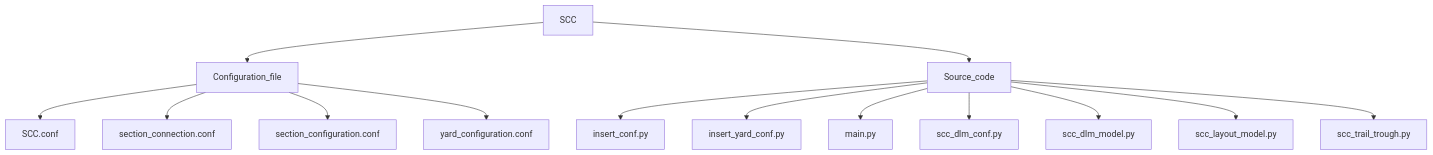
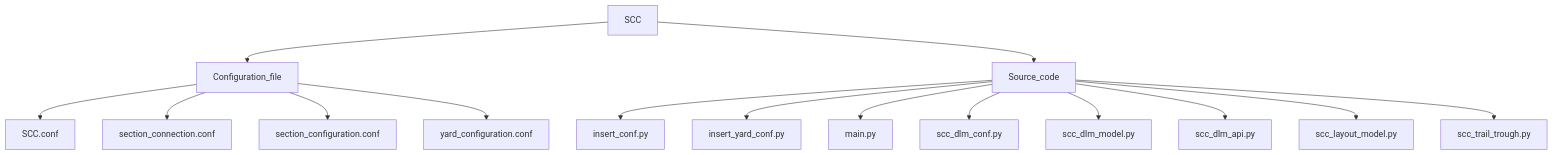
Before and after one commit to paragnema1/Siding_Control_Centre_Module: the diagram in README.md, drawn with Mermaid.

````diff
--- a/README.md
+++ b/README.md
@@ -4,16 +4,17 @@
 ```mermaid
 graph TD;
     SCC-->Configuration_file;
     SCC-->Source_code;
     Configuration_file-->SCC.conf;
     Configuration_file-->section_connection.conf;
     Configuration_file-->section_configuration.conf;
     Configuration_file-->yard_configuration.conf;
     Source_code-->insert_conf.py;
     Source_code-->insert_yard_conf.py;
     Source_code-->main.py;
     Source_code-->scc_dlm_conf.py;
     Source_code-->scc_dlm_model.py;
+    Source_code-->scc_dlm_api.py;
     Source_code-->scc_layout_model.py;
     Source_code-->scc_trail_trough.py;
 ```
````
